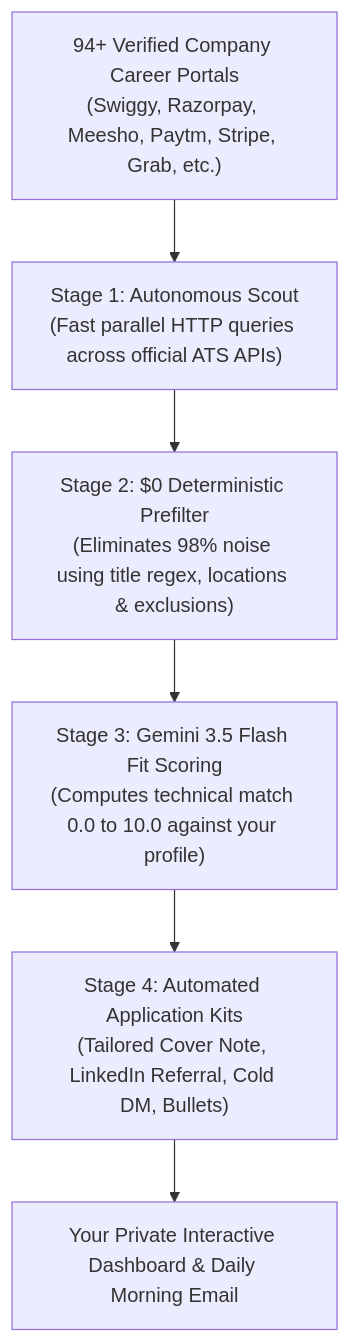
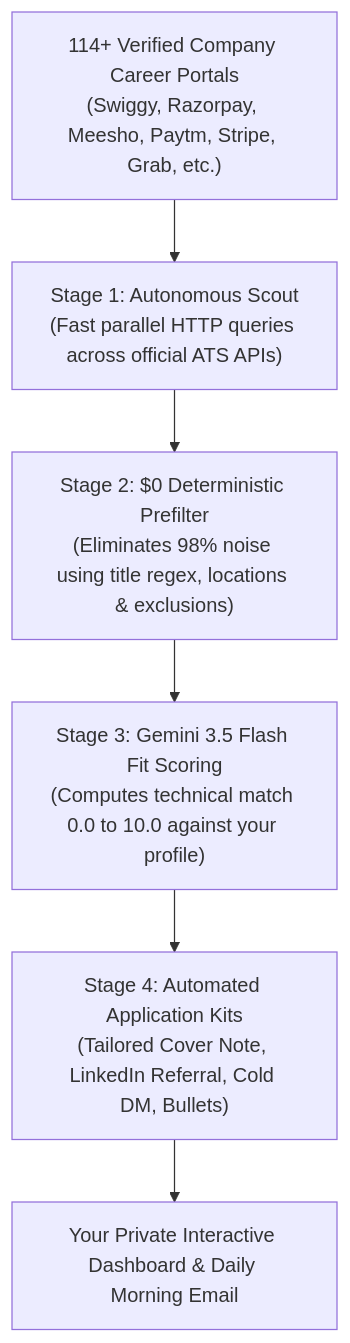
Before and after one commit to tanish-jain-225/job-hunter: the second of 3 diagrams in docs/GUIDE.md, drawn with Mermaid. The commit also changed other lines of this file and 29 other files, not shown here.

Commit message:
chore(release): v1.0.6 — India-First career intelligence, 114 verified ATS boards, resilience hardening, and full docs sync

````diff
--- a/docs/GUIDE.md
+++ b/docs/GUIDE.md
@@ -87,8 +87,8 @@
 ```mermaid
 flowchart TD
-    A["94+ Verified Company Career Portals\n(Swiggy, Razorpay, Meesho, Paytm, Stripe, Grab, etc.)"] --> B["Stage 1: Autonomous Scout\n(Fast parallel HTTP queries across official ATS APIs)"]
+    A["114+ Verified Company Career Portals\n(Swiggy, Razorpay, Meesho, Paytm, Stripe, Grab, etc.)"] --> B["Stage 1: Autonomous Scout\n(Fast parallel HTTP queries across official ATS APIs)"]
     B --> C["Stage 2: $0 Deterministic Prefilter\n(Eliminates 98% noise using title regex, locations & exclusions)"]
     C --> D["Stage 3: Gemini 3.5 Flash Fit Scoring\n(Computes technical match 0.0 to 10.0 against your profile)"]
     D --> E["Stage 4: Automated Application Kits\n(Tailored Cover Note, LinkedIn Referral, Cold DM, Bullets)"]
     E --> F["Your Private Interactive Dashboard & Daily Morning Email"]
 ```
````
